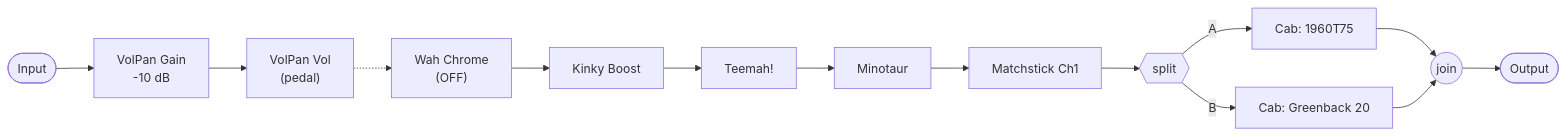
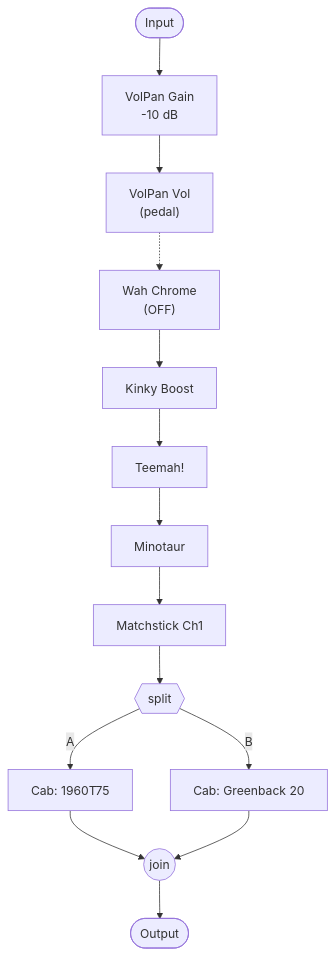
The first of 2 diagrams in presets/samples/Matchless (v3).flow.md (lmeadors/helix-catalog), drawn with Mermaid before and after one commit. The commit also changed other lines of this file, not shown here.

Commit message:
switch matchless flow diagrams to top-down layout

````diff
--- a/presets/samples/Matchless (v3).flow.md
+++ b/presets/samples/Matchless (v3).flow.md
@@ -16,16 +16,16 @@
 ```mermaid
-graph LR
+graph TD
     IN0([Input]) --> VG["VolPan Gain<br/>-10 dB"]
     VG --> VV["VolPan Vol<br/>(pedal)"]
     VV -.-> WC["Wah Chrome<br/>(OFF)"]
     WC --> KB["Kinky Boost"]
     KB --> TM["Teemah!"]
     TM --> MT["Minotaur"]
     MT --> AMP["Matchstick Ch1"]
     AMP --> SPLIT{{split}}
     SPLIT -->|A| CABA["Cab: 1960T75"]
     SPLIT -->|B| CABB["Cab: Greenback 20"]
     CABA --> JOIN((join))
     CABB --> JOIN
     JOIN --> OUT0([Output])
 ```
````
